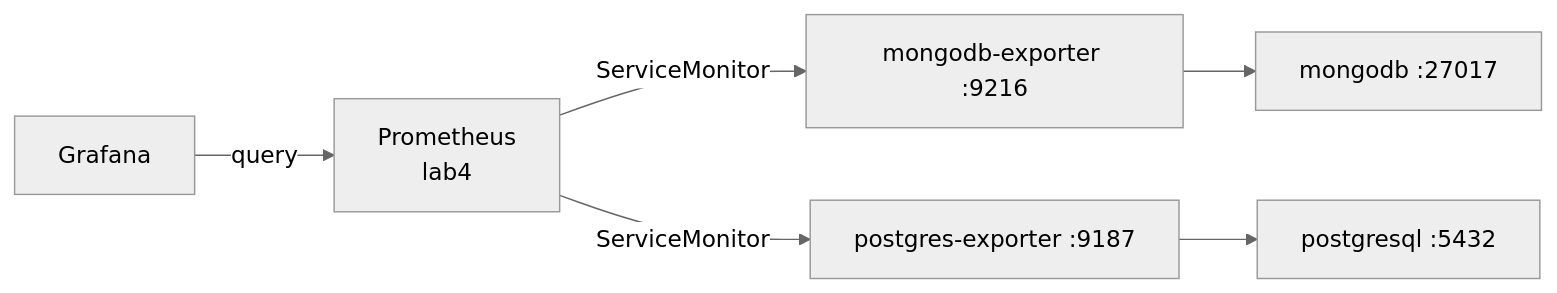
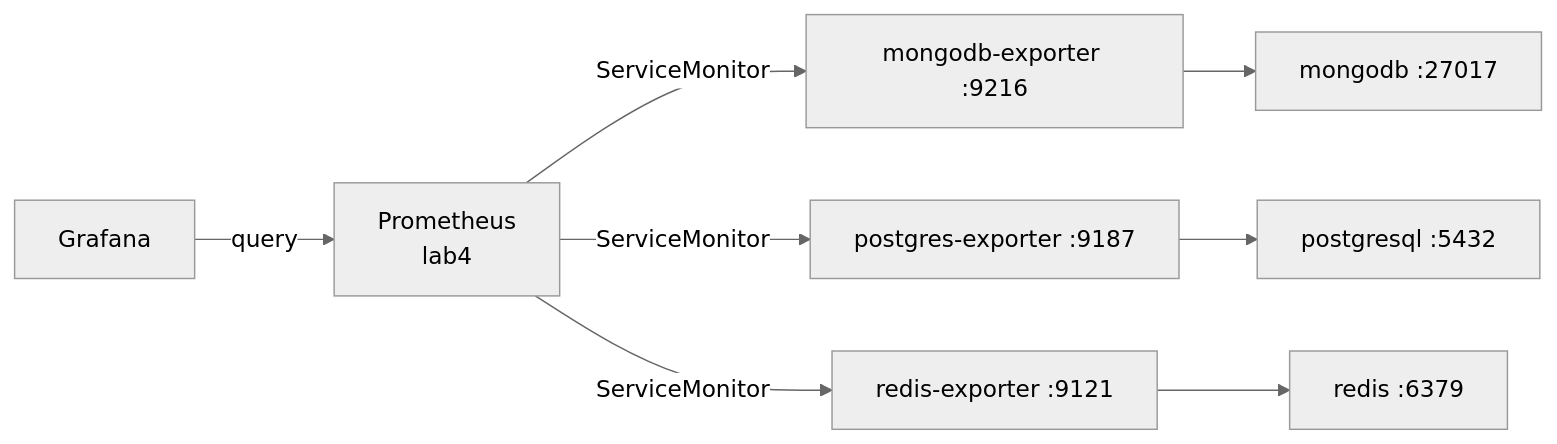
One commit to youssefshibl/k8s-labs changed the diagram in lab5/README.md. Above: the diagram before and after it, drawn with Mermaid (neutral theme). The commit also changed other lines of this file and 5 other files, not shown here.

First line of the commit message:
Add Redis support to Lab 5 with exporter and Grafana dashboard

````diff
--- a/lab5/README.md
+++ b/lab5/README.md
@@ -22,15 +25,19 @@
 ```mermaid
 flowchart LR
   Mongo["mongodb :27017"]
   PG["postgresql :5432"]
+  Redis["redis :6379"]
   MExp["mongodb-exporter :9216"]
   PExp["postgres-exporter :9187"]
+  RExp["redis-exporter :9121"]
   Prom["Prometheus<br/>lab4"]
   Graf["Grafana"]
 
   MExp --> Mongo
   PExp --> PG
+  RExp --> Redis
   Prom -->|ServiceMonitor| MExp
   Prom -->|ServiceMonitor| PExp
+  Prom -->|ServiceMonitor| RExp
   Graf -->|query| Prom
 ```
````
